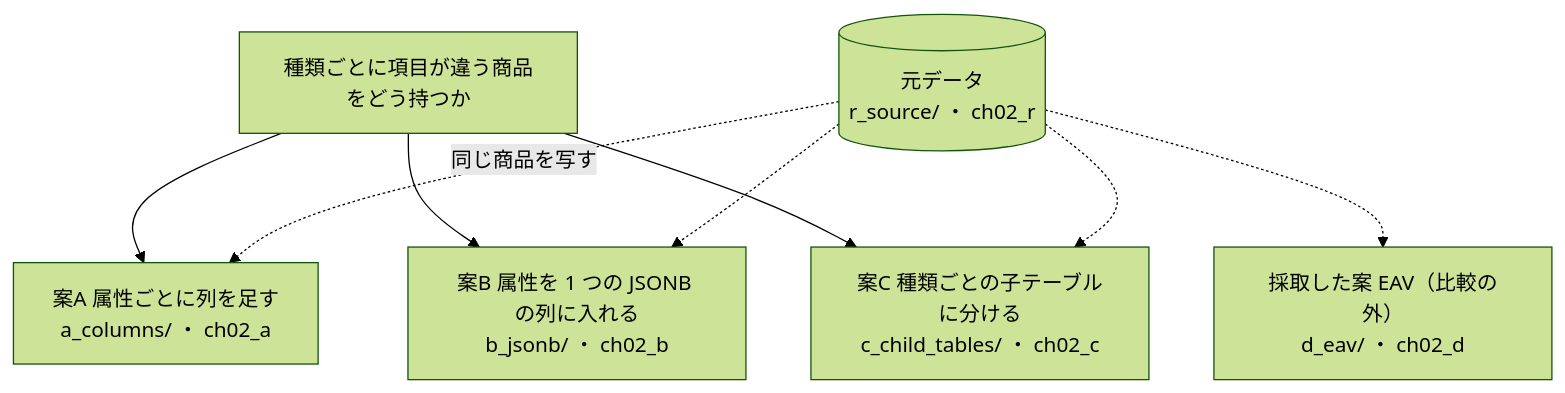
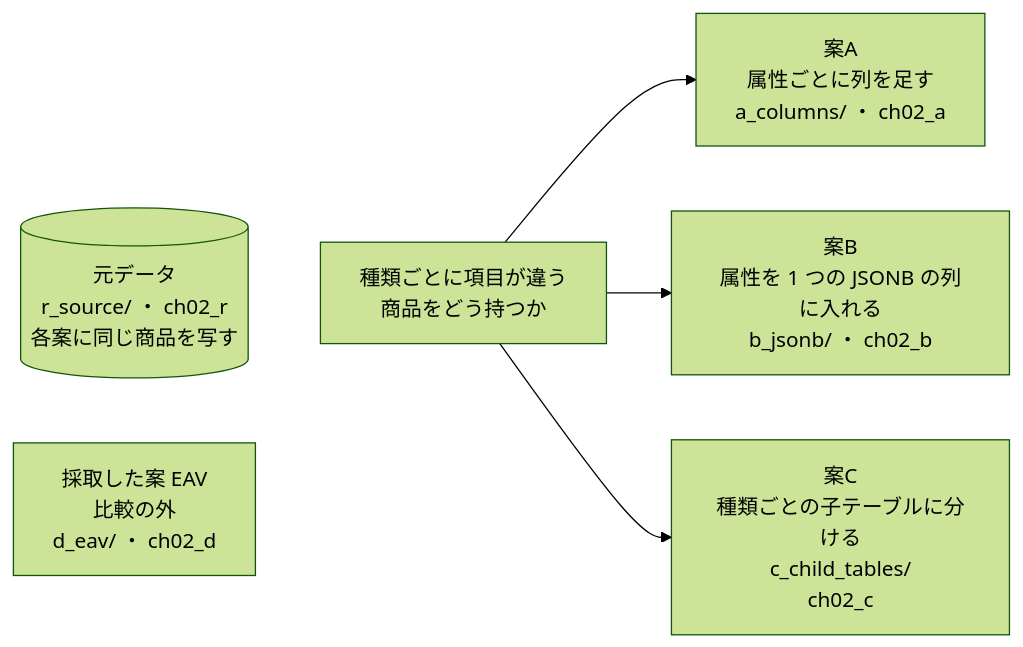
One commit to driftnode986/postgresql-db-design-samples changed the first of 6 diagrams in ch02_product_catalog/README.md. Above: the diagram before and after it, drawn with Mermaid (forest theme). The commit also changed other lines of this file and 15 other files, not shown here.

First line of the commit message:
docs: 設計案の構成図を縦並びにし、幅の広い ER 図を分けて、GitHub で縮まない大きさにする

````diff
--- a/ch02_product_catalog/README.md
+++ b/ch02_product_catalog/README.md
@@ -14,13 +14,10 @@
 ```mermaid
-flowchart TD
-  Q["種類ごとに項目が違う商品をどう持つか"]
-  R[("元データ<br/>r_source/ ・ ch02_r")]
-  Q --> A["案A 属性ごとに列を足す<br/>a_columns/ ・ ch02_a"]
-  Q --> B["案B 属性を 1 つの JSONB の列に入れる<br/>b_jsonb/ ・ ch02_b"]
-  Q --> C["案C 種類ごとの子テーブルに分ける<br/>c_child_tables/ ・ ch02_c"]
-  X["採取した案 EAV（比較の外）<br/>d_eav/ ・ ch02_d"]
-  R -.->|同じ商品を写す| A
-  R -.-> B
-  R -.-> C
-  R -.-> X
+flowchart LR
+  Q["種類ごとに項目が違う<br/>商品をどう持つか"]
+  R[("元データ<br/>r_source/ ・ ch02_r<br/>各案に同じ商品を写す")]
+  Q --> A["案A<br/>属性ごとに列を足す<br/>a_columns/ ・ ch02_a"]
+  Q --> B["案B<br/>属性を 1 つの JSONB の列に入れる<br/>b_jsonb/ ・ ch02_b"]
+  Q --> C["案C<br/>種類ごとの子テーブルに分ける<br/>c_child_tables/<br/>ch02_c"]
+  X["採取した案 EAV<br/>比較の外<br/>d_eav/ ・ ch02_d"]
+  R ~~~ Q
 ```
````
